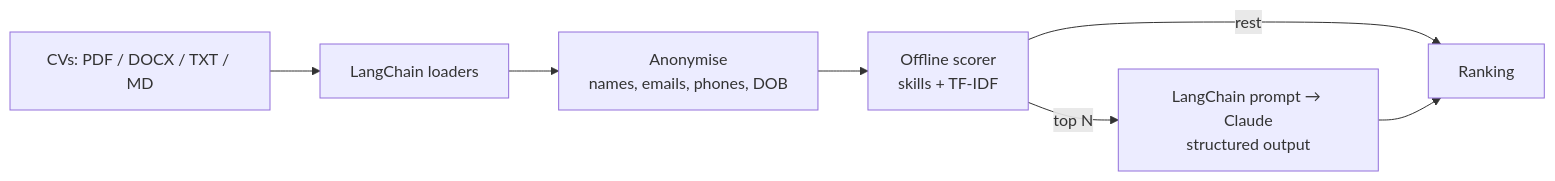
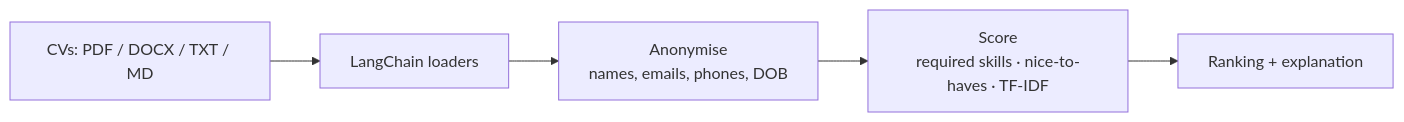
Before and after one commit to SudhaMsr/Resume-Screening-tool-using-LangChain: the diagram in README.md, drawn with Mermaid. The commit also changed other lines of this file and 10 other files, not shown here.

Commit message:
Remove the Claude step: fully offline, no API key needed

````diff
--- a/README.md
+++ b/README.md
@@ -9,9 +9,7 @@
 ```mermaid
 flowchart LR
     A[CVs: PDF / DOCX / TXT / MD] --> B[LangChain loaders]
     B --> C[Anonymise<br/>names, emails, phones, DOB]
-    C --> D[Offline scorer<br/>skills + TF-IDF]
-    D -->|top N| E[LangChain prompt → Claude<br/>structured output]
-    D -->|rest| F[Ranking]
-    E --> F
+    C --> D[Score<br/>required skills · nice-to-haves · TF-IDF]
+    D --> E[Ranking + explanation]
 ```
````
